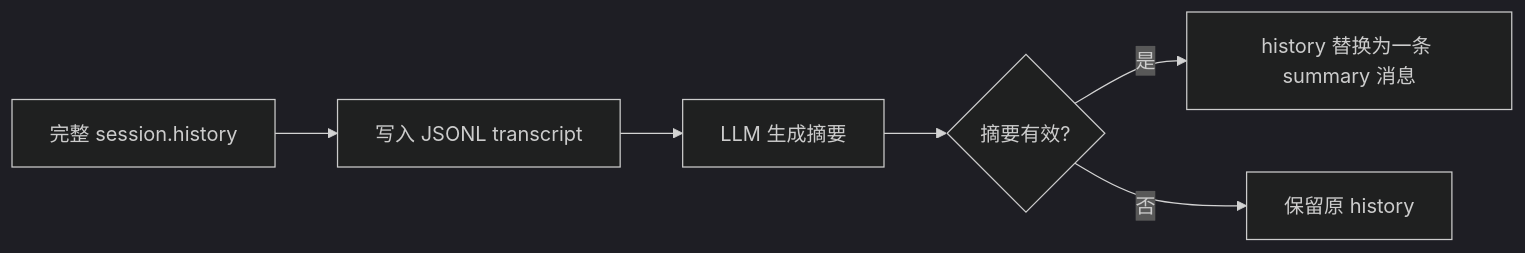
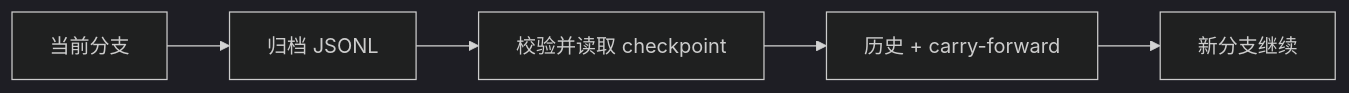
One commit to Alex-J4096/swe-agent changed the third of 4 diagrams in docs/ARCHITECTURE.md. Above: the diagram before and after it, drawn with Mermaid (dark theme). The commit also changed other lines of this file and 6 other files, not shown here.

Commit message:
docs: consolidate guides and replace stale behavior with concise diagrams

````diff
--- a/docs/ARCHITECTURE.md
+++ b/docs/ARCHITECTURE.md
@@ -1206,8 +95,7 @@
 ```mermaid
 flowchart LR
-    A[完整 session.history] --> B[写入 JSONL transcript]
-    B --> C[LLM 生成摘要]
-    C --> D{摘要有效?}
-    D -->|是| E[history 替换为一条 summary 消息]
-    D -->|否| F[保留原 history]
+    A[当前分支] --> B[归档 JSONL]
+    B --> C[校验并读取 checkpoint]
+    C --> D[历史 + carry-forward]
+    D --> E[新分支继续]
 ```
````
